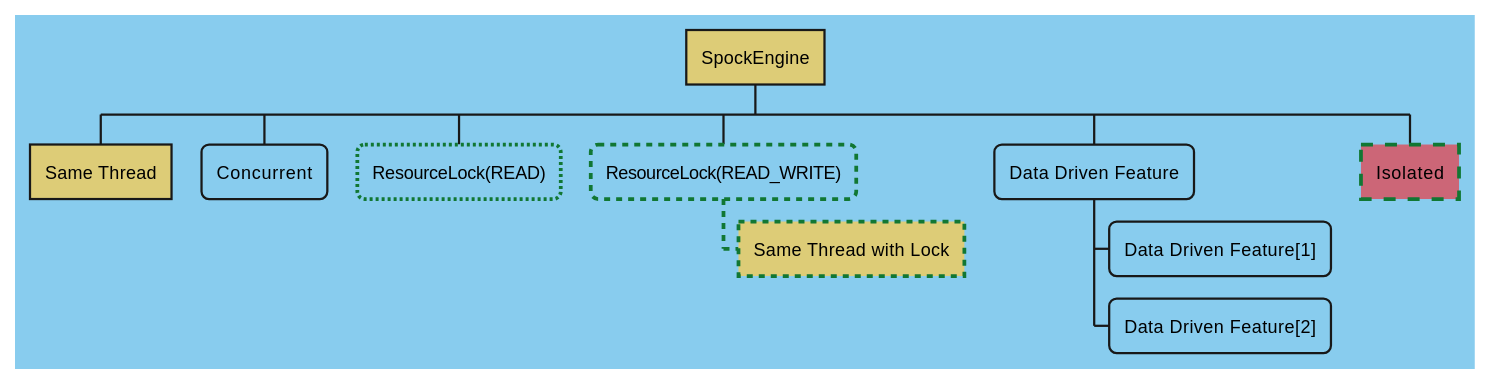
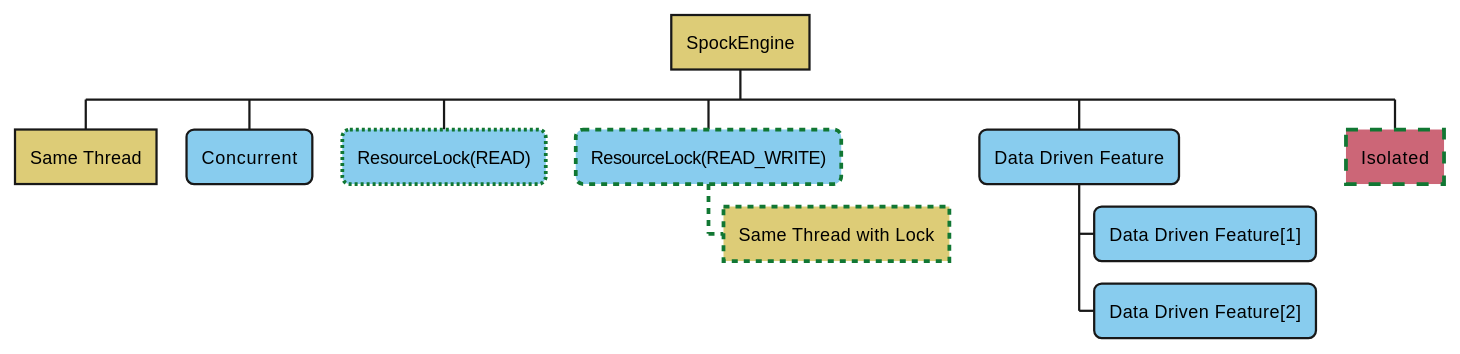
The first of 14 diagrams in docs/parallel_execution.adoc (spockframework/spock), drawn with PlantUML before and after one commit. The commit also changed other lines of this file, not shown here.

First line of the commit message:
Fix broken background in PlantUML WBS diagrams (#2310)

```diff
--- a/docs/parallel_execution.adoc
+++ b/docs/parallel_execution.adoc
@@ -95,60 +95,59 @@
 [plantuml,images/wbs-legend,svg]
 ....
 @startwbs
 <style>
 wbsDiagram {
 
-  BackgroundColor #88CCEE
-  RoundCorner 10
-
   node {
+    BackgroundColor #88CCEE
+    RoundCorner 10
     :depth(0) {
       BackgroundColor #DDCC77
       RoundCorner 0
     }
   }
 
   .concurrent * {
       BackgroundColor #88CCEE
       RoundCorner 10
   }
 
   .samethread * {
       BackgroundColor #DDCC77
       RoundCorner 0
   }
 
   .write_lock * {
       LineStyle 4
       LineThickness 2.5
       LineColor #117733
   }
 
   .read_lock * {
       LineStyle 2
       LineThickness 2.5
       LineColor #117733
   }
 
   .isolated * {
       BackgroundColor #CC6677
       RoundCorner 0
       LineStyle 8
       LineThickness 2.5
       LineColor #117733
   }
 }
 </style>
 skinparam shadowing false
 * SpockEngine
 ** Same Thread <<samethread>>
 ** Concurrent <<concurrent>>
 ** ResourceLock(READ) <<read_lock>>
 ** ResourceLock(READ_WRITE) <<write_lock>>
 *** Same Thread with Lock <<samethread>>
 ** Data Driven Feature
 *** Data Driven Feature[1]
 *** Data Driven Feature[2]
 ** Isolated <<isolated>>
 @endwbs
 ....
```
